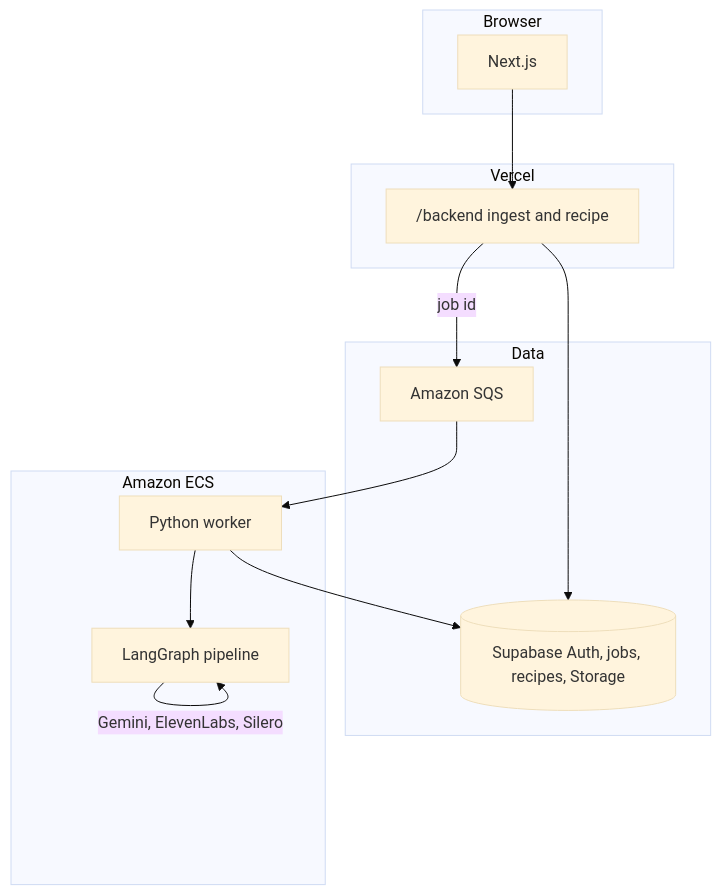
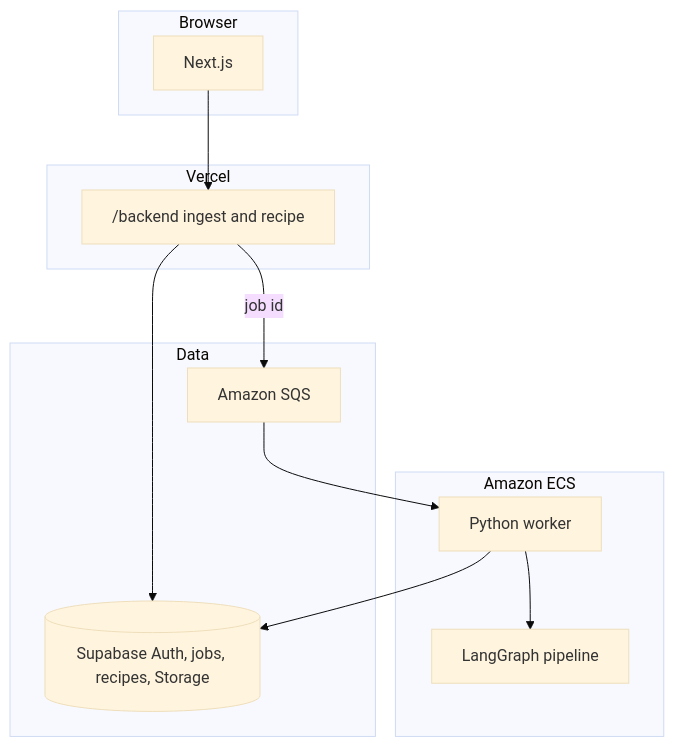
One commit to JaredAung/recipe-kitchen changed the diagram in README.md. Above: the diagram before and after it, drawn with Mermaid (base theme). The commit also changed other lines of this file and 1 other file, not shown here.

Commit message:
docs: updated diagram in README

````diff
--- a/README.md
+++ b/README.md
@@ -48,28 +36,27 @@
 ```mermaid
 flowchart TB
   subgraph client [Browser]
     UI[Next.js]
   end
 
   subgraph edge [Vercel]
     API["/backend ingest and recipe"]
   end
 
   subgraph data [Data]
     SQS[Amazon SQS]
     DB[(Supabase Auth, jobs, recipes, Storage)]
   end
 
   subgraph compute [Amazon ECS]
     W[Python worker]
     G[LangGraph pipeline]
   end
 
   UI --> API
   API --> DB
   API -->|job id| SQS
   SQS --> W
   W --> DB
   W --> G
-  G -->|Gemini, ElevenLabs, Silero| G
 ```
````
